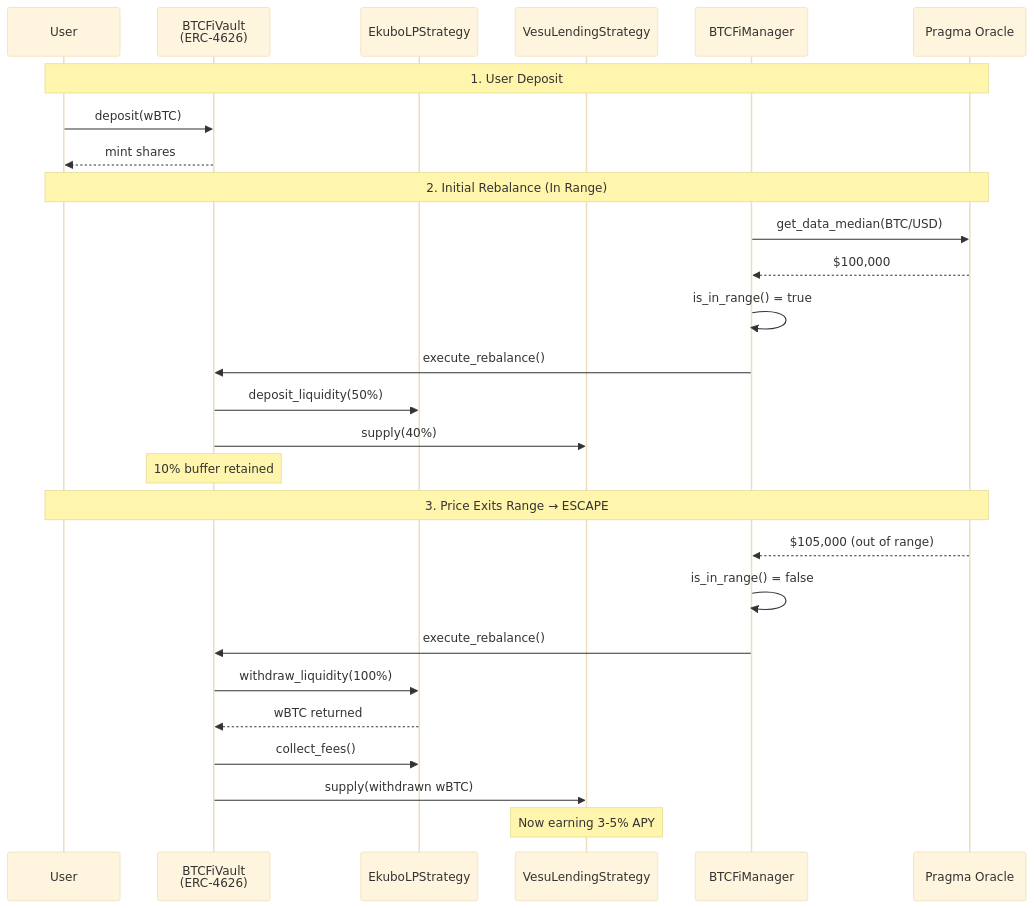
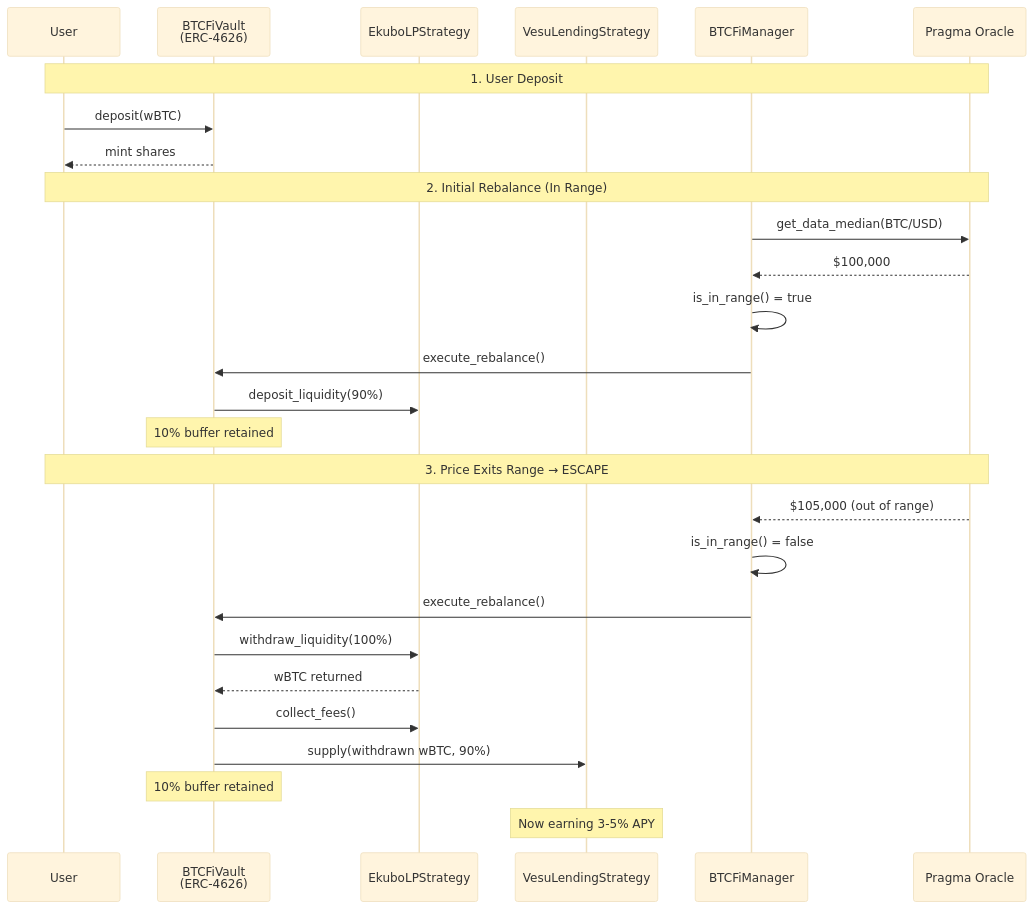
One commit to hoddukzoa12/BTCLP changed the first of 5 diagrams in README.md. Above: the diagram before and after it, drawn with Mermaid (base theme). The commit also changed other lines of this file and 1 other file, not shown here.

````diff
--- a/README.md
+++ b/README.md
@@ -51,32 +51,32 @@
 ```mermaid
 sequenceDiagram
     participant U as User
     participant V as BTCFiVault<br/>(ERC-4626)
     participant E as EkuboLPStrategy
     participant Ve as VesuLendingStrategy
     participant M as BTCFiManager
     participant P as Pragma Oracle
 
     Note over U,P: 1. User Deposit
     U->>V: deposit(wBTC)
     V-->>U: mint shares
 
     Note over U,P: 2. Initial Rebalance (In Range)
     M->>P: get_data_median(BTC/USD)
     P-->>M: $100,000
     M->>M: is_in_range() = true
     M->>V: execute_rebalance()
-    V->>E: deposit_liquidity(50%)
-    V->>Ve: supply(40%)
+    V->>E: deposit_liquidity(90%)
     Note over V: 10% buffer retained
 
     Note over U,P: 3. Price Exits Range → ESCAPE
     P-->>M: $105,000 (out of range)
     M->>M: is_in_range() = false
     M->>V: execute_rebalance()
     V->>E: withdraw_liquidity(100%)
     E-->>V: wBTC returned
     V->>E: collect_fees()
-    V->>Ve: supply(withdrawn wBTC)
+    V->>Ve: supply(withdrawn wBTC, 90%)
+    Note over V: 10% buffer retained
     Note over Ve: Now earning 3-5% APY
 ```
````
